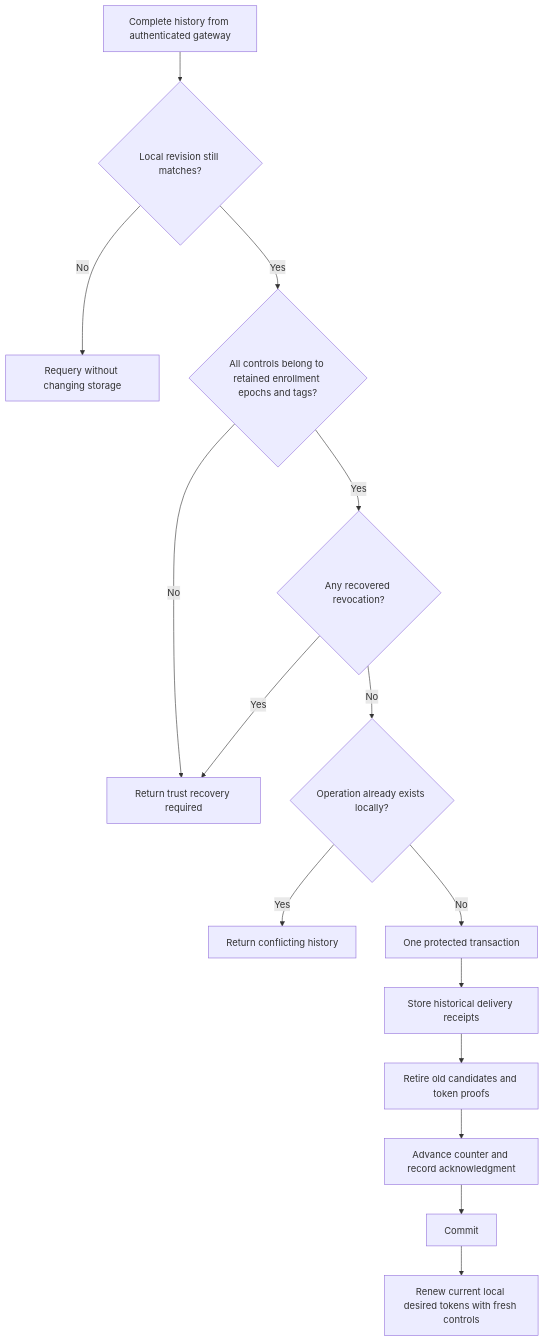
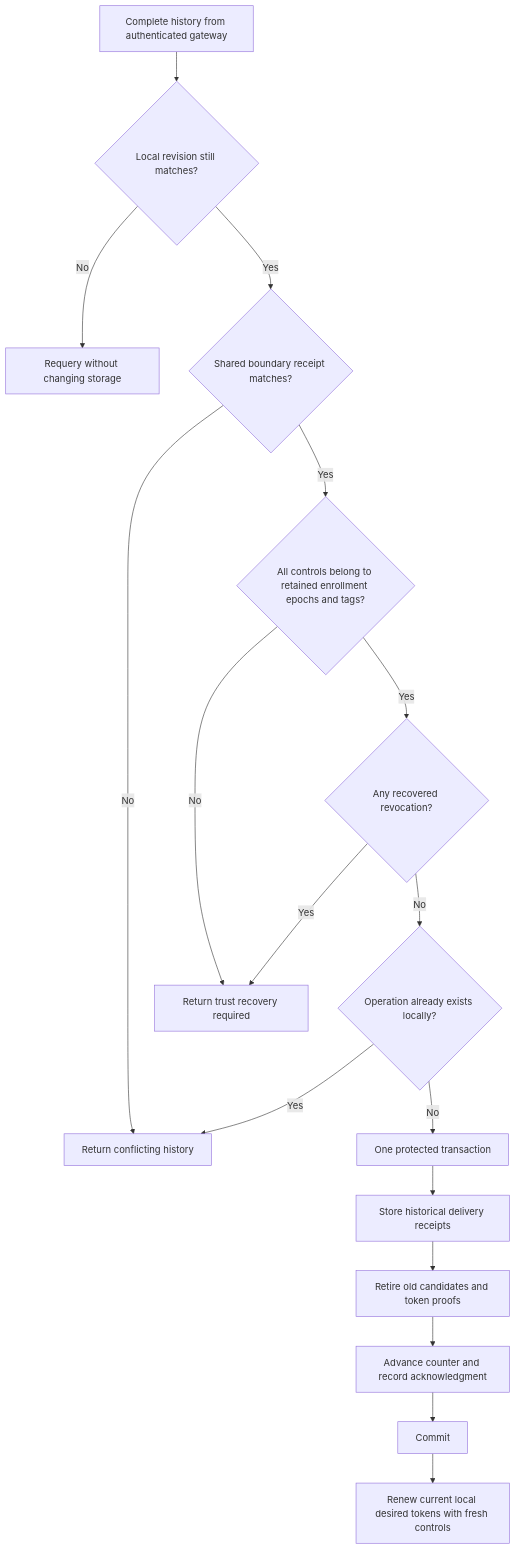
One commit to rock3r/remozio changed the diagram in macos/core/gateway-history-recovery.md. Above: the diagram before and after it, drawn with Mermaid. The commit also changed other lines of this file and 3 other files, not shown here.

Commit message:
Verify the shared control receipt before counter recovery

````diff
--- a/macos/core/gateway-history-recovery.md
+++ b/macos/core/gateway-history-recovery.md
@@ -6,17 +6,19 @@
 ```mermaid
 flowchart TD
     H[Complete history from authenticated gateway] --> C{Local revision still matches?}
     C -->|No| Q[Requery without changing storage]
-    C -->|Yes| E{All controls belong to retained enrollment epochs and tags?}
+    C -->|Yes| B{Shared boundary receipt matches?}
+    B -->|No| X[Return conflicting history]
+    B -->|Yes| E{All controls belong to retained enrollment epochs and tags?}
     E -->|No| R[Return trust recovery required]
     E -->|Yes| V{Any recovered revocation?}
     V -->|Yes| R
     V -->|No| O{Operation already exists locally?}
-    O -->|Yes| X[Return conflicting history]
+    O -->|Yes| X
     O -->|No| T[One protected transaction]
     T --> S[Store historical delivery receipts]
     S --> I[Retire old candidates and token proofs]
     I --> A[Advance counter and record acknowledgment]
     A --> D[Commit]
     D --> N[Renew current local desired tokens with fresh controls]
 ```
````
